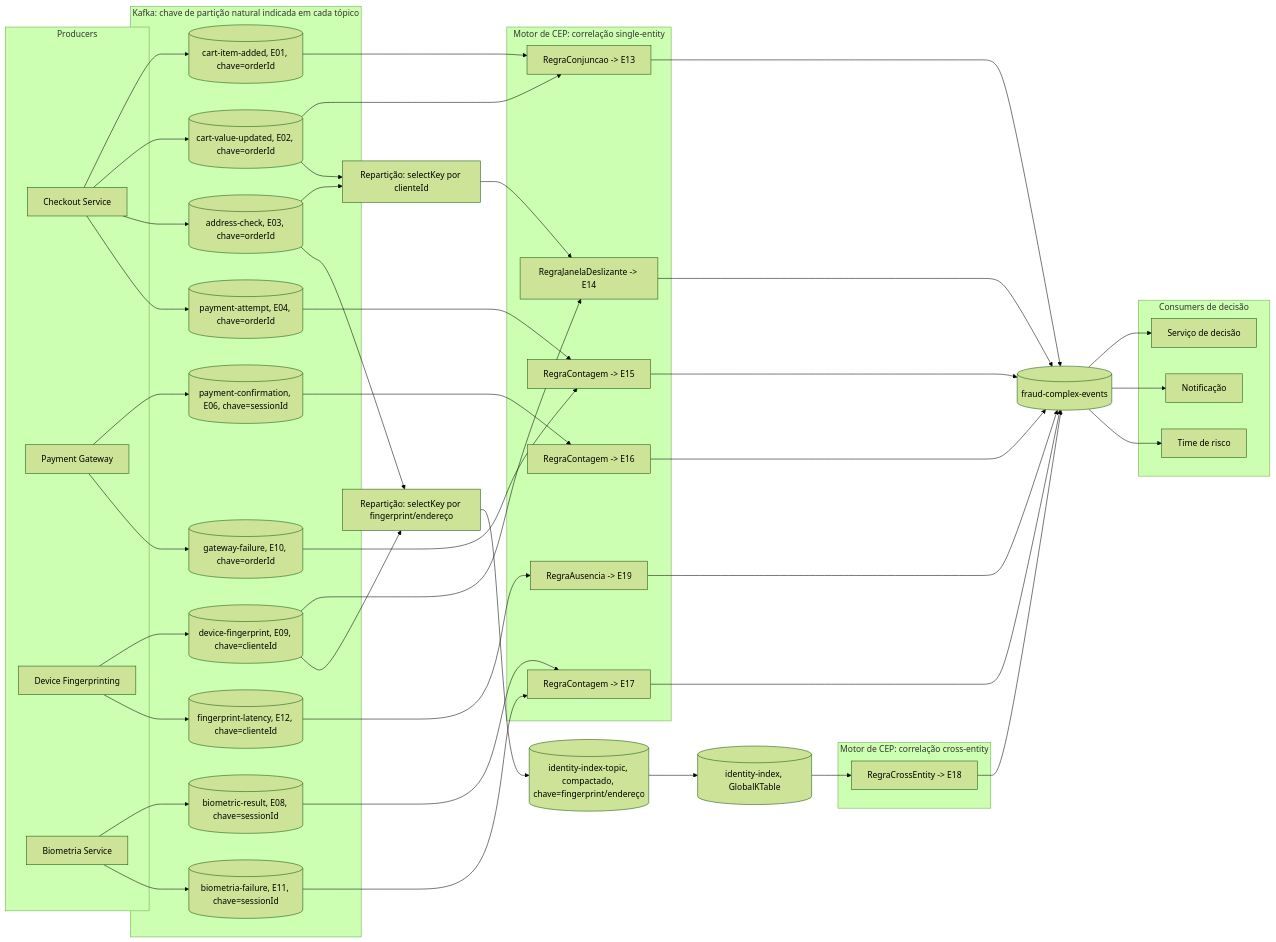
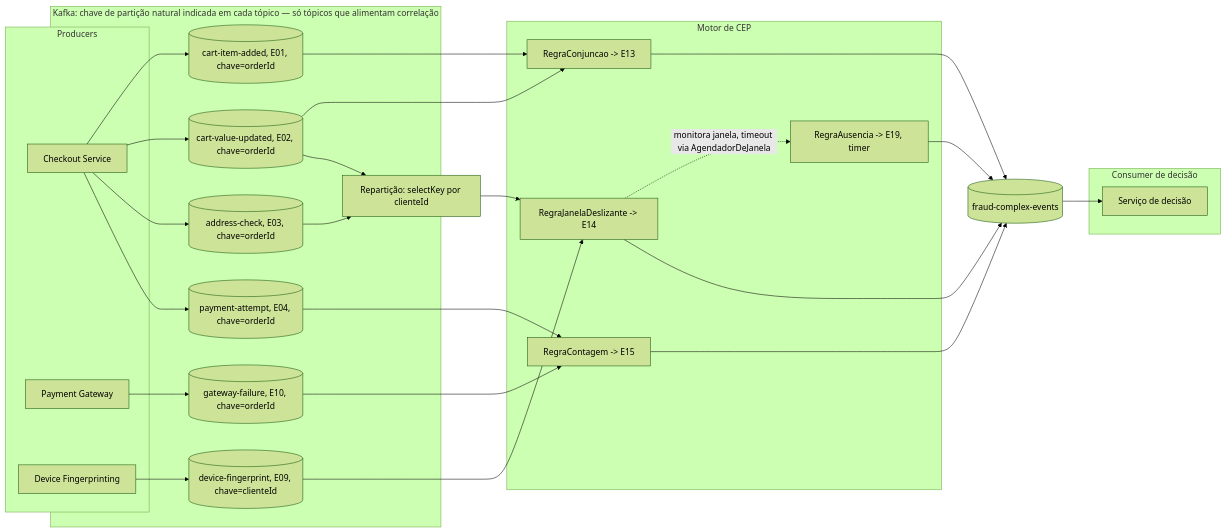
Before and after one commit to AndreLobo1/scsdscd: the second of 6 diagrams in ponderada-cep-antifraude.md, drawn with Mermaid (forest theme). The commit also changed other lines of this file, not shown here.

````diff
--- a/ponderada-cep-antifraude.md
+++ b/ponderada-cep-antifraude.md
@@ -190,58 +188,38 @@
         A1[Checkout Service]
         A2[Payment Gateway]
         A3[Device Fingerprinting]
-        A4[Biometria Service]
     end
 
-    subgraph Topicos["Kafka: chave de partição natural indicada em cada tópico"]
+    subgraph Topicos["Kafka: chave de partição natural indicada em cada tópico — só tópicos que alimentam correlação"]
         T1[(cart-item-added, E01, chave=orderId)]
         T2[(cart-value-updated, E02, chave=orderId)]
         T3[(address-check, E03, chave=orderId)]
         T4[(payment-attempt, E04, chave=orderId)]
-        T5[(payment-confirmation, E06, chave=sessionId)]
         T6[(device-fingerprint, E09, chave=clienteId)]
-        T7[(biometric-result, E08, chave=sessionId)]
         T8[(gateway-failure, E10, chave=orderId)]
-        T9[(biometria-failure, E11, chave=sessionId)]
-        T10[(fingerprint-latency, E12, chave=clienteId)]
     end
 
     RK1[Repartição: selectKey por clienteId]
-    RK2[Repartição: selectKey por fingerprint/endereço]
-    IDXTOPIC[(identity-index-topic, compactado, chave=fingerprint/endereço)]
-    IDX[("identity-index, GlobalKTable")]
 
-    subgraph CEPSingle["Motor de CEP: correlação single-entity"]
+    subgraph CEPSingle["Motor de CEP"]
         P13[RegraConjuncao -> E13]
         P14[RegraJanelaDeslizante -> E14]
-        P19[RegraAusencia -> E19]
+        P19[RegraAusencia -> E19, timer]
         P15[RegraContagem -> E15]
-        P16[RegraContagem -> E16]
-        P17[RegraContagem -> E17]
-    end
-
-    subgraph CEPCross["Motor de CEP: correlação cross-entity"]
-        P18[RegraCrossEntity -> E18]
     end
 
     S1[(fraud-complex-events)]
 
-    subgraph Consumers["Consumers de decisão"]
+    subgraph Consumers["Consumer de decisão"]
         D1[Serviço de decisão]
-        D2[Notificação]
-        D3[Time de risco]
     end
 
     A1 --> T1
     A1 --> T2
     A1 --> T3
     A1 --> T4
-    A2 --> T5
     A2 --> T8
     A3 --> T6
-    A3 --> T10
-    A4 --> T7
-    A4 --> T9
 
     T1 --> P13
     T2 --> P13
@@ -249,28 +227,14 @@
     T3 --> RK1
     T2 --> RK1
     RK1 --> P14
-    T10 --> P19
+    P14 -.->|monitora janela, timeout via AgendadorDeJanela| P19
     T4 --> P15
     T8 --> P15
-    T5 --> P16
-    T7 --> P17
-    T9 --> P17
-
-    T6 --> RK2
-    T3 --> RK2
-    RK2 --> IDXTOPIC
-    IDXTOPIC --> IDX
-    IDX --> P18
 
     P13 --> S1
     P14 --> S1
     P19 --> S1
     P15 --> S1
-    P16 --> S1
-    P17 --> S1
-    P18 --> S1
 
     S1 --> D1
-    S1 --> D2
-    S1 --> D3
 ```
````
